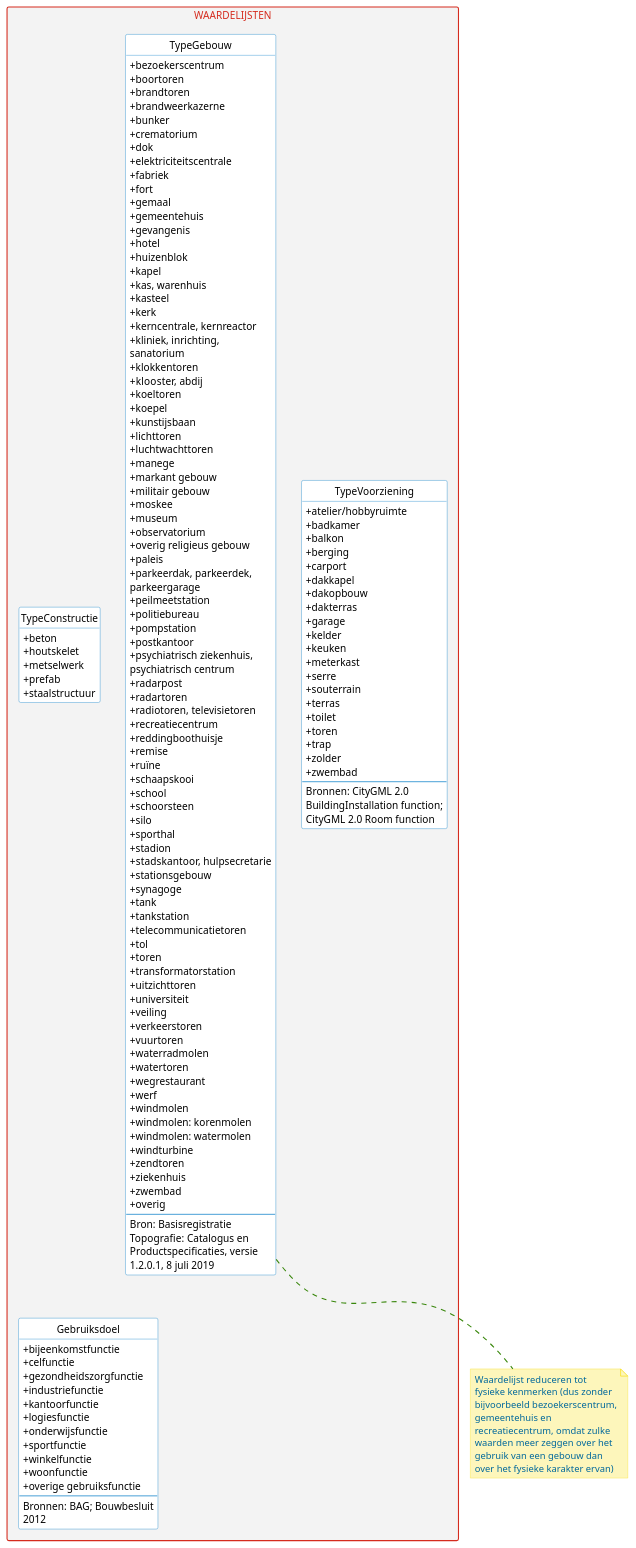
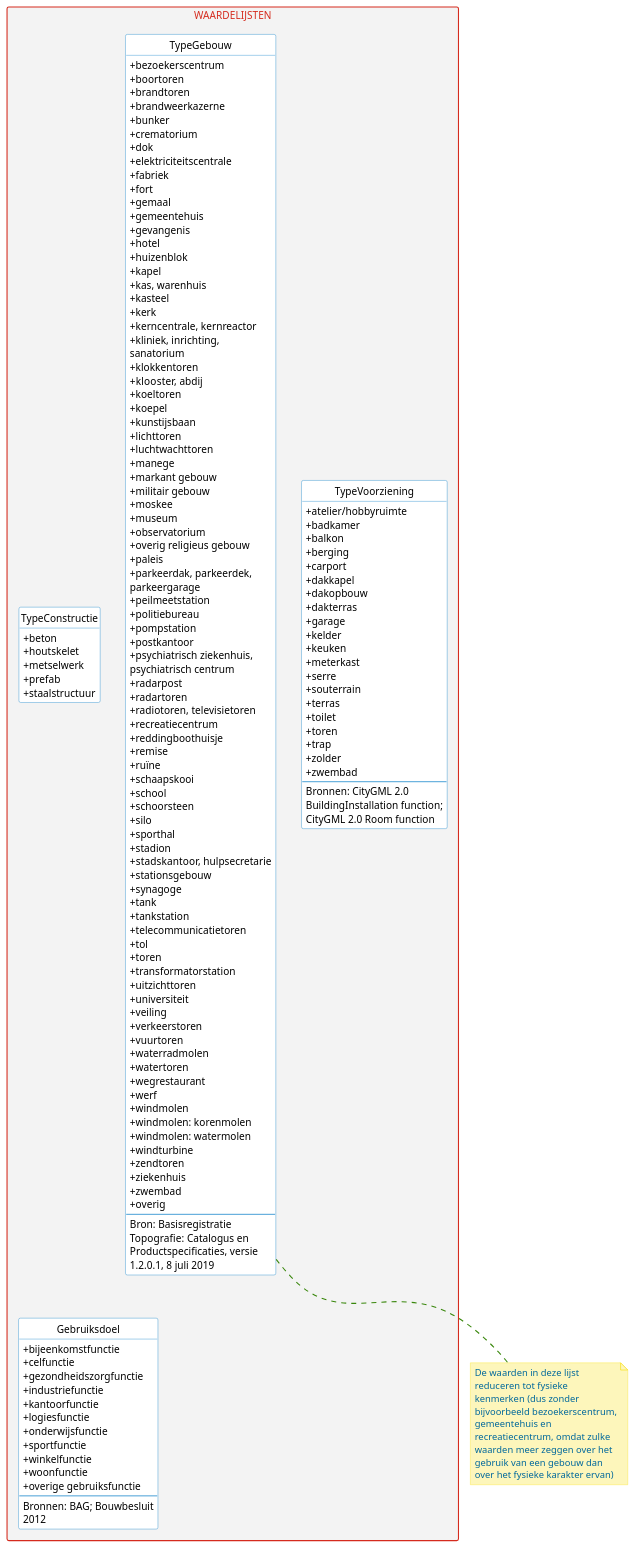
The diagram in model/waardelijsten.puml (geobasisregistraties/werkgroep-bouwwerken), drawn with PlantUML before and after one commit.

```diff
--- a/model/waardelijsten.puml
+++ b/model/waardelijsten.puml
@@ -248,6 +248,6 @@
 
 }
 
-note bottom of TypeGebouw : Waardelijst reduceren tot fysieke kenmerken (dus zonder bijvoorbeeld bezoekerscentrum, gemeentehuis en recreatiecentrum, omdat zulke waarden meer zeggen over het gebruik van een gebouw dan over het fysieke karakter ervan)
+note bottom of TypeGebouw : De waarden in deze lijst reduceren tot fysieke kenmerken (dus zonder bijvoorbeeld bezoekerscentrum, gemeentehuis en recreatiecentrum, omdat zulke waarden meer zeggen over het gebruik van een gebouw dan over het fysieke karakter ervan)
 
 @enduml
```
